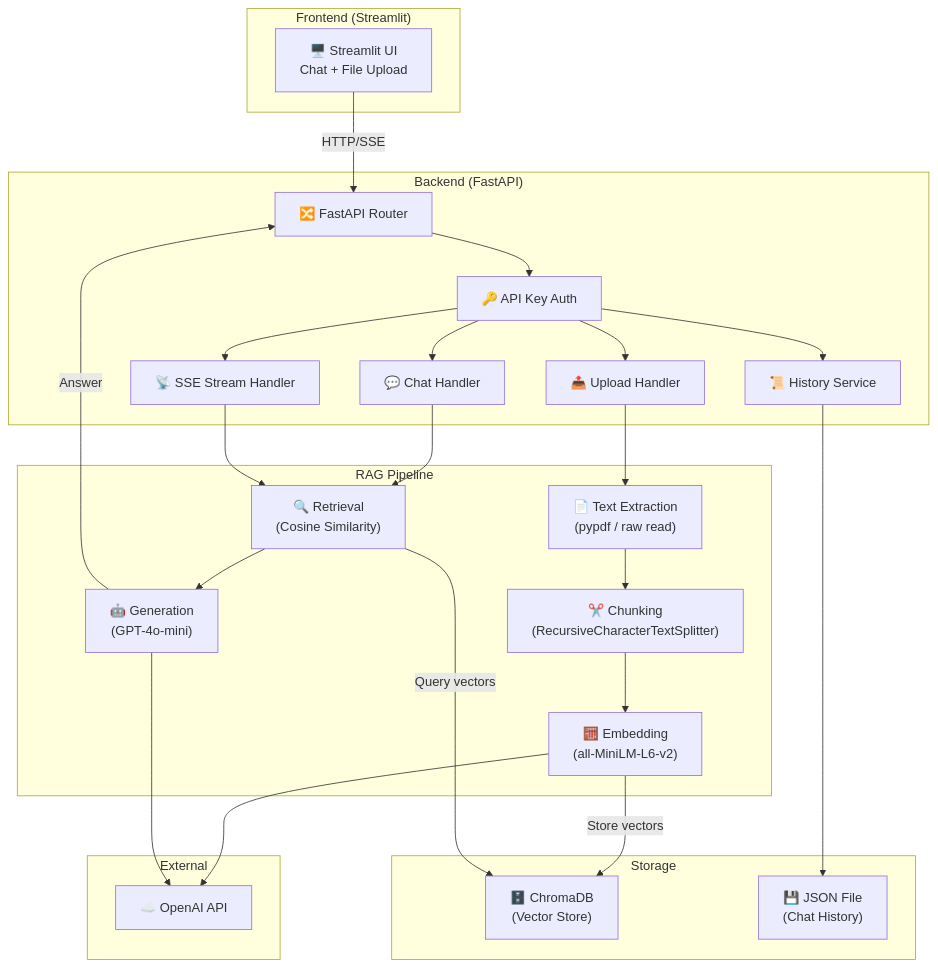
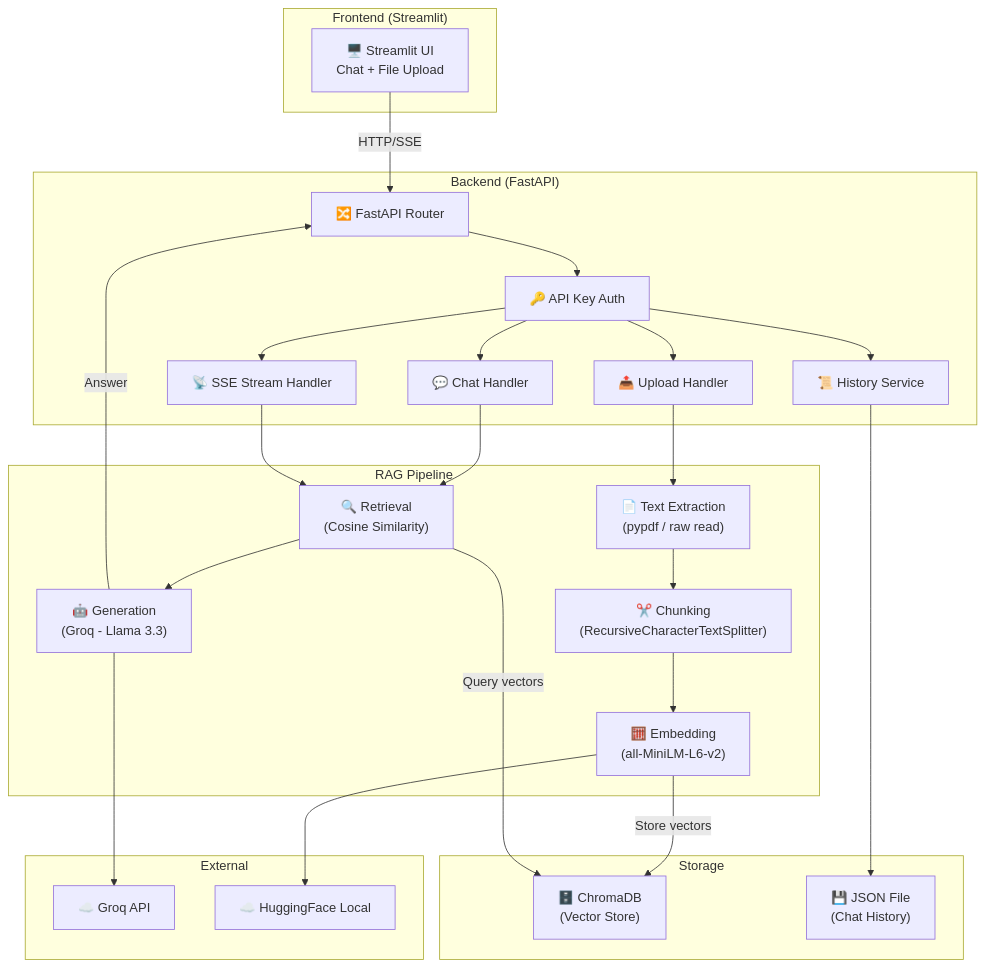
One commit to anupam-hegde/simple-RAG changed the first of 2 diagrams in ARCHITECTURE.md. Above: the diagram before and after it, drawn with Mermaid. The commit also changed other lines of this file and 7 other files, not shown here.

````diff
--- a/ARCHITECTURE.md
+++ b/ARCHITECTURE.md
@@ -5,54 +5,55 @@
 ```mermaid
 graph TB
     subgraph "Frontend (Streamlit)"
         UI["🖥️ Streamlit UI<br/>Chat + File Upload"]
     end
 
     subgraph "Backend (FastAPI)"
         API["🔀 FastAPI Router"]
         AUTH["🔑 API Key Auth"]
         UPLOAD["📤 Upload Handler"]
         CHAT["💬 Chat Handler"]
         STREAM["📡 SSE Stream Handler"]
         HISTORY["📜 History Service"]
     end
 
     subgraph "RAG Pipeline"
         EXTRACT["📄 Text Extraction<br/>(pypdf / raw read)"]
         CHUNK["✂️ Chunking<br/>(RecursiveCharacterTextSplitter)"]
         EMBED["🧮 Embedding<br/>(all-MiniLM-L6-v2)"]
         RETRIEVE["🔍 Retrieval<br/>(Cosine Similarity)"]
-        GENERATE["🤖 Generation<br/>(GPT-4o-mini)"]
+        GENERATE["🤖 Generation<br/>(Groq - Llama 3.3)"]
     end
 
     subgraph "Storage"
         CHROMA["🗄️ ChromaDB<br/>(Vector Store)"]
         JSON["💾 JSON File<br/>(Chat History)"]
     end
 
     subgraph "External"
-        OPENAI["☁️ OpenAI API"]
+        GROQ["☁️ Groq API"]
+        HF["☁️ HuggingFace Local"]
     end
 
     UI --> |"HTTP/SSE"| API
     API --> AUTH
     AUTH --> UPLOAD
     AUTH --> CHAT
     AUTH --> STREAM
     AUTH --> HISTORY
 
     UPLOAD --> EXTRACT
     EXTRACT --> CHUNK
     CHUNK --> EMBED
     EMBED --> |"Store vectors"| CHROMA
 
     CHAT --> RETRIEVE
     STREAM --> RETRIEVE
     RETRIEVE --> |"Query vectors"| CHROMA
     RETRIEVE --> GENERATE
     GENERATE --> |"Answer"| API
 
-    EMBED --> OPENAI
-    GENERATE --> OPENAI
+    EMBED --> HF
+    GENERATE --> GROQ
     HISTORY --> JSON
 ```
````
